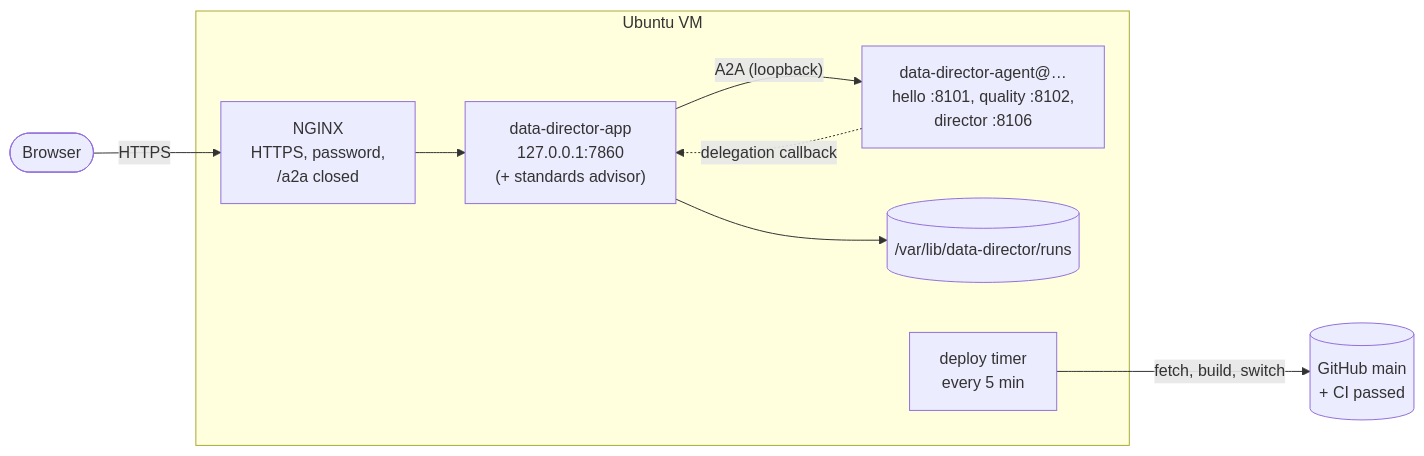
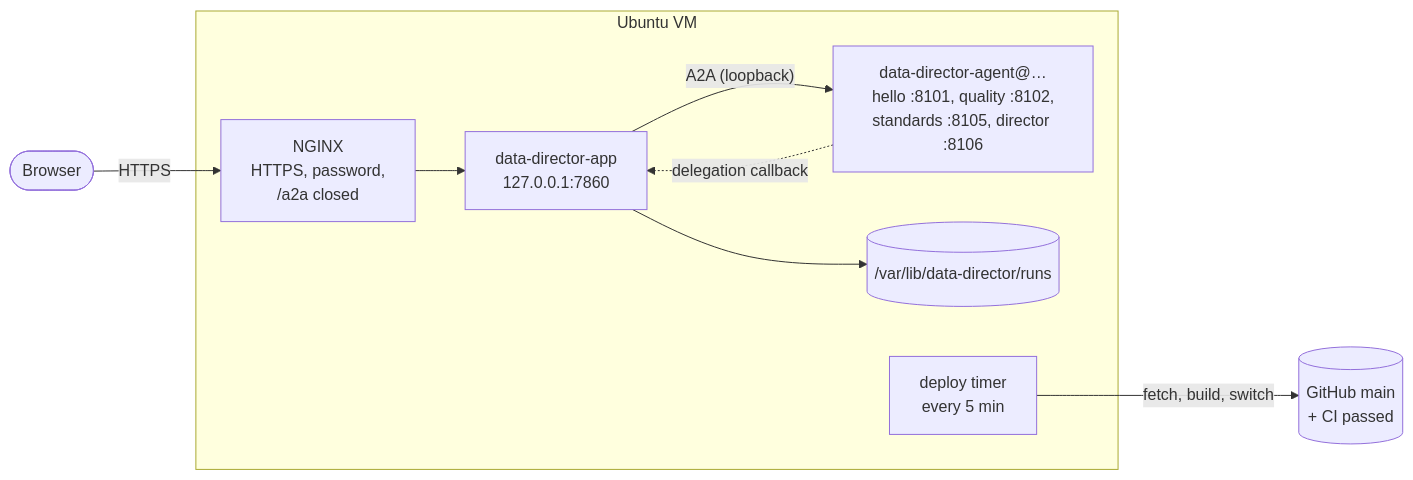
Before and after one commit to data-director-agent/data-director: the fifth of 5 diagrams in docs/architecture.md, drawn with Mermaid. The commit also changed other lines of this file and 19 other files, not shown here.

First line of the commit message:
feat(app)!: reach the standards advisor over a2a like every other agent

````diff
--- a/docs/architecture.md
+++ b/docs/architecture.md
@@ -249,18 +248,18 @@
 ```mermaid
 flowchart LR
     browser(["Browser"])
     subgraph vm["Ubuntu VM"]
         nginx["NGINX<br/>HTTPS, password,<br/>/a2a closed"]
-        app["data-director-app<br/>127.0.0.1:7860<br/>(+ standards advisor)"]
-        agents["data-director-agent@…<br/>hello :8101, quality :8102,<br/>director :8106"]
+        app["data-director-app<br/>127.0.0.1:7860"]
+        agents["data-director-agent@…<br/>hello :8101, quality :8102,<br/>standards :8105, director :8106"]
         runs[("/var/lib/data-director/runs")]
         timer["deploy timer<br/>every 5 min"]
     end
     github[("GitHub main<br/>+ CI passed")]
 
     browser -- HTTPS --> nginx --> app
     app -- "A2A (loopback)" --> agents
     agents -. "delegation callback" .-> app
     app --> runs
     timer -- "fetch, build, switch" --> github
 ```
````
